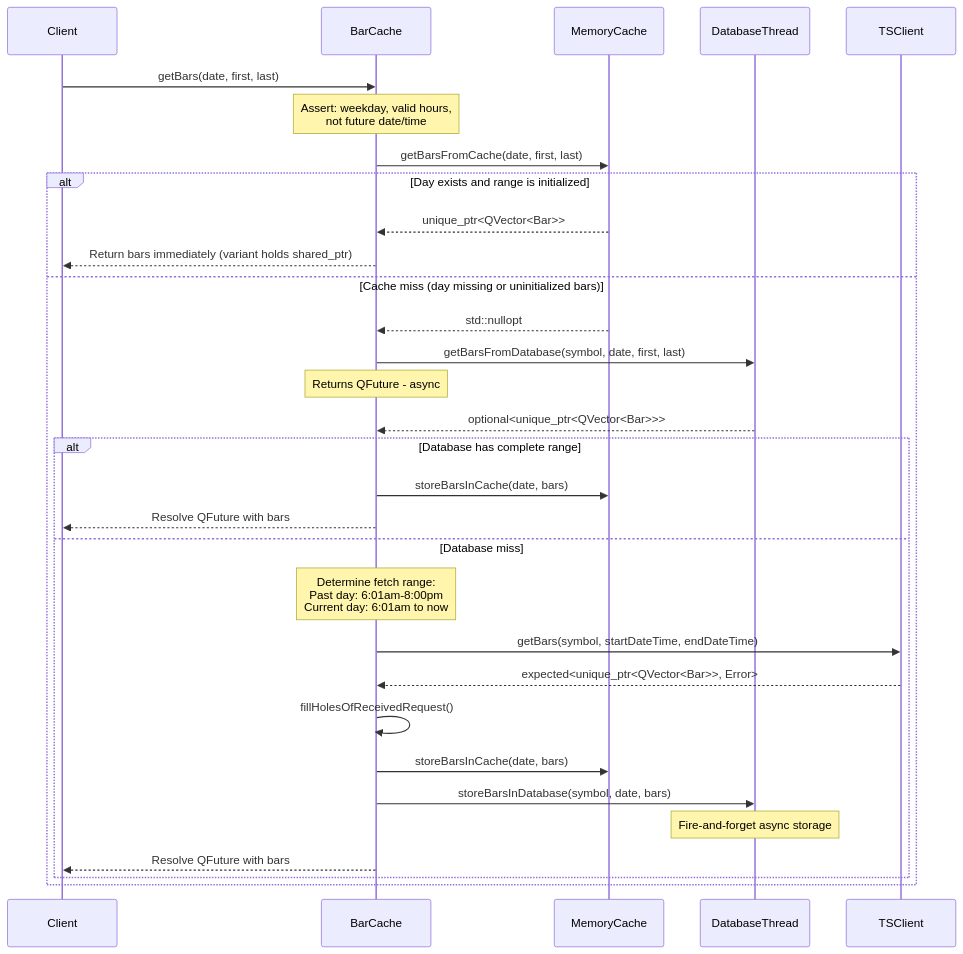
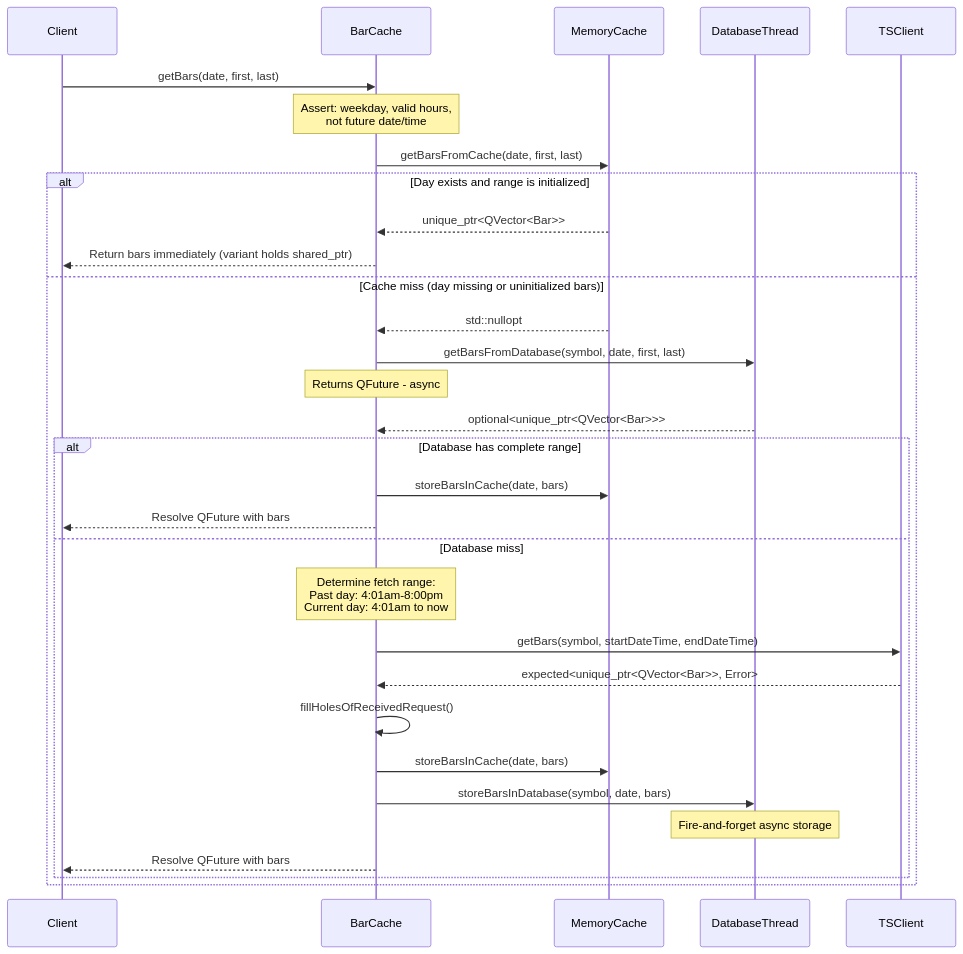
The third of 6 diagrams in Src/Core/Cache/BarCache/BarCache.md (simonbeaudoin0935/OpenTraderPlatform), drawn with Mermaid before and after one commit. The commit also changed other lines of this file and 5 other files, not shown here.

````diff
--- a/Src/Core/Cache/BarCache/BarCache.md
+++ b/Src/Core/Cache/BarCache/BarCache.md
@@ -134,42 +134,42 @@
 ```mermaid
 sequenceDiagram
     participant Client
     participant BarCache
     participant MemoryCache
     participant DatabaseThread
     participant TSClient
 
     Client->>BarCache: getBars(date, first, last)
     Note over BarCache: Assert: weekday, valid hours,<br/>not future date/time
 
     BarCache->>MemoryCache: getBarsFromCache(date, first, last)
 
     alt Day exists and range is initialized
         MemoryCache-->>BarCache: unique_ptr<QVector<Bar>>
         BarCache-->>Client: Return bars immediately (variant holds shared_ptr)
     else Cache miss (day missing or uninitialized bars)
         MemoryCache-->>BarCache: std::nullopt
 
         BarCache->>DatabaseThread: getBarsFromDatabase(symbol, date, first, last)
         Note over BarCache: Returns QFuture - async
 
         DatabaseThread-->>BarCache: optional<unique_ptr<QVector<Bar>>>
 
         alt Database has complete range
             BarCache->>MemoryCache: storeBarsInCache(date, bars)
             BarCache-->>Client: Resolve QFuture with bars
         else Database miss
-            Note over BarCache: Determine fetch range:<br/>Past day: 6:01am-8:00pm<br/>Current day: 6:01am to now
+            Note over BarCache: Determine fetch range:<br/>Past day: 4:01am-8:00pm<br/>Current day: 4:01am to now
 
             BarCache->>TSClient: getBars(symbol, startDateTime, endDateTime)
             TSClient-->>BarCache: expected<unique_ptr<QVector<Bar>>, Error>
 
             BarCache->>BarCache: fillHolesOfReceivedRequest()
             BarCache->>MemoryCache: storeBarsInCache(date, bars)
             BarCache->>DatabaseThread: storeBarsInDatabase(symbol, date, bars)
             Note over DatabaseThread: Fire-and-forget async storage
 
             BarCache-->>Client: Resolve QFuture with bars
         end
     end
 ```
````
